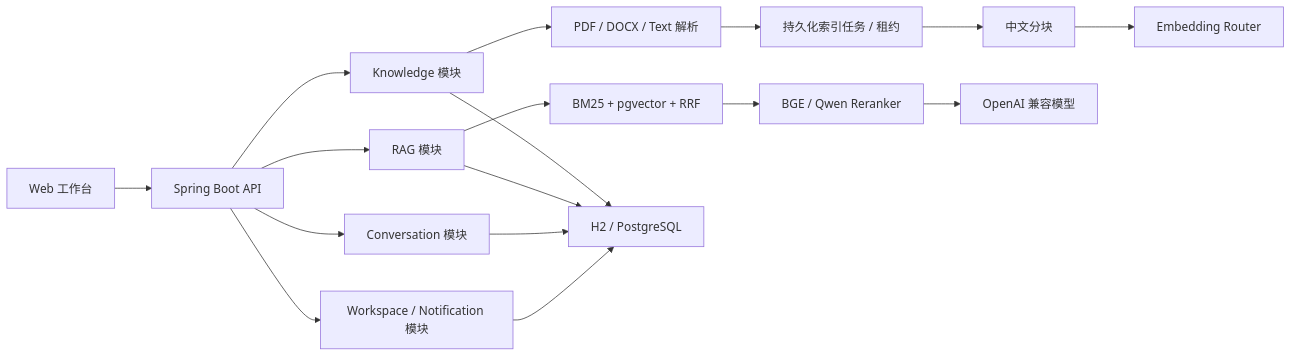
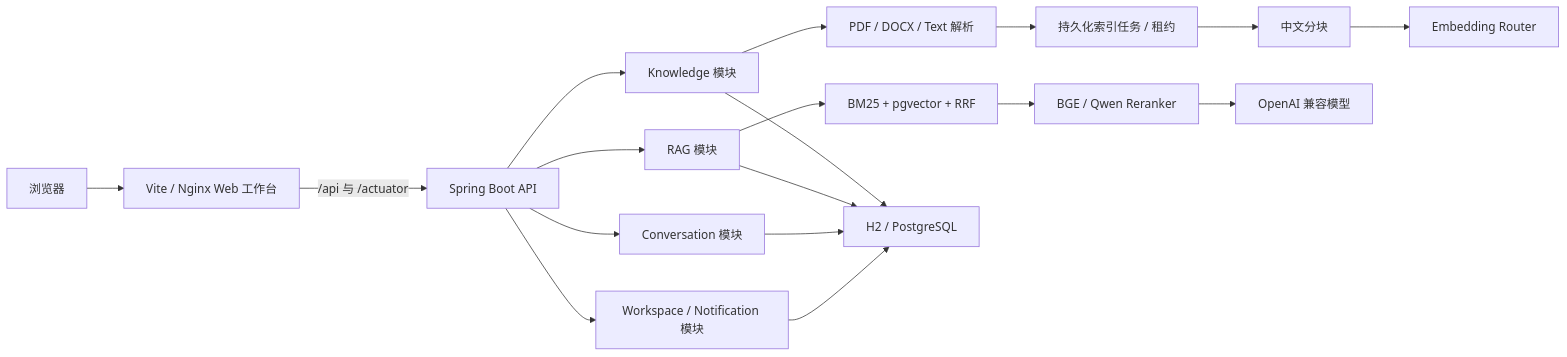
Before and after one commit to wang-zhengxin/JadeBase: the diagram in docs/architecture.md, drawn with Mermaid. The commit also changed other lines of this file and 17 other files, not shown here.

````diff
--- a/docs/architecture.md
+++ b/docs/architecture.md
@@ -5,19 +5,20 @@
 ```mermaid
 flowchart LR
-    UI["Web 工作台"] --> API["Spring Boot API"]
+    Browser["浏览器"] --> UI["Vite / Nginx Web 工作台"]
+    UI -->|"/api 与 /actuator"| API["Spring Boot API"]
     API --> KB["Knowledge 模块"]
     API --> RAG["RAG 模块"]
     API --> Conversation["Conversation 模块"]
     API --> Workspace["Workspace / Notification 模块"]
     KB --> Parser["PDF / DOCX / Text 解析"]
     Parser --> Queue["持久化索引任务 / 租约"]
     Queue --> Chunker["中文分块"]
     Chunker --> Embed["Embedding Router"]
     RAG --> Retrieve["BM25 + pgvector + RRF"]
     Retrieve --> Rerank["BGE / Qwen Reranker"]
     Rerank --> Model["OpenAI 兼容模型"]
     KB --> DB["H2 / PostgreSQL"]
     RAG --> DB
     Conversation --> DB
     Workspace --> DB
 ```
````
